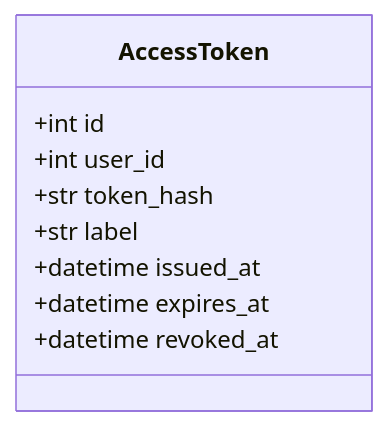
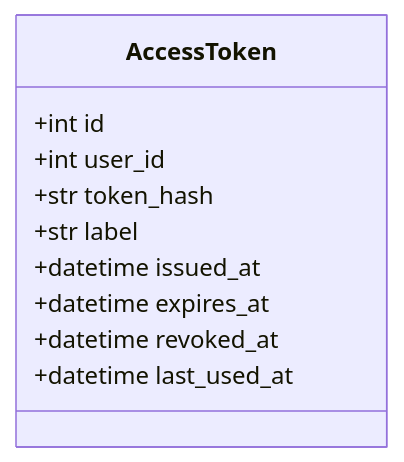
Diagram 12 of 20 in docs/specs/06-DOM/SYNC-DOM-002.md (HoyoungParkme/syncdoc), drawn with Mermaid before and after one commit. The commit also changed other lines of this file, not shown here.

First line of the commit message:
spec(SYNC-DOM-002): Repository에 behind_by·fetched_at · AccessToken에 last_used_at

````diff
--- a/docs/specs/06-DOM/SYNC-DOM-002.md
+++ b/docs/specs/06-DOM/SYNC-DOM-002.md
@@ -367,12 +373,13 @@
 ```mermaid
 classDiagram
     class AccessToken {
         +int id
         +int user_id
         +str token_hash
         +str label
         +datetime issued_at
         +datetime expires_at
         +datetime revoked_at
+        +datetime last_used_at
     }
 ```
````
